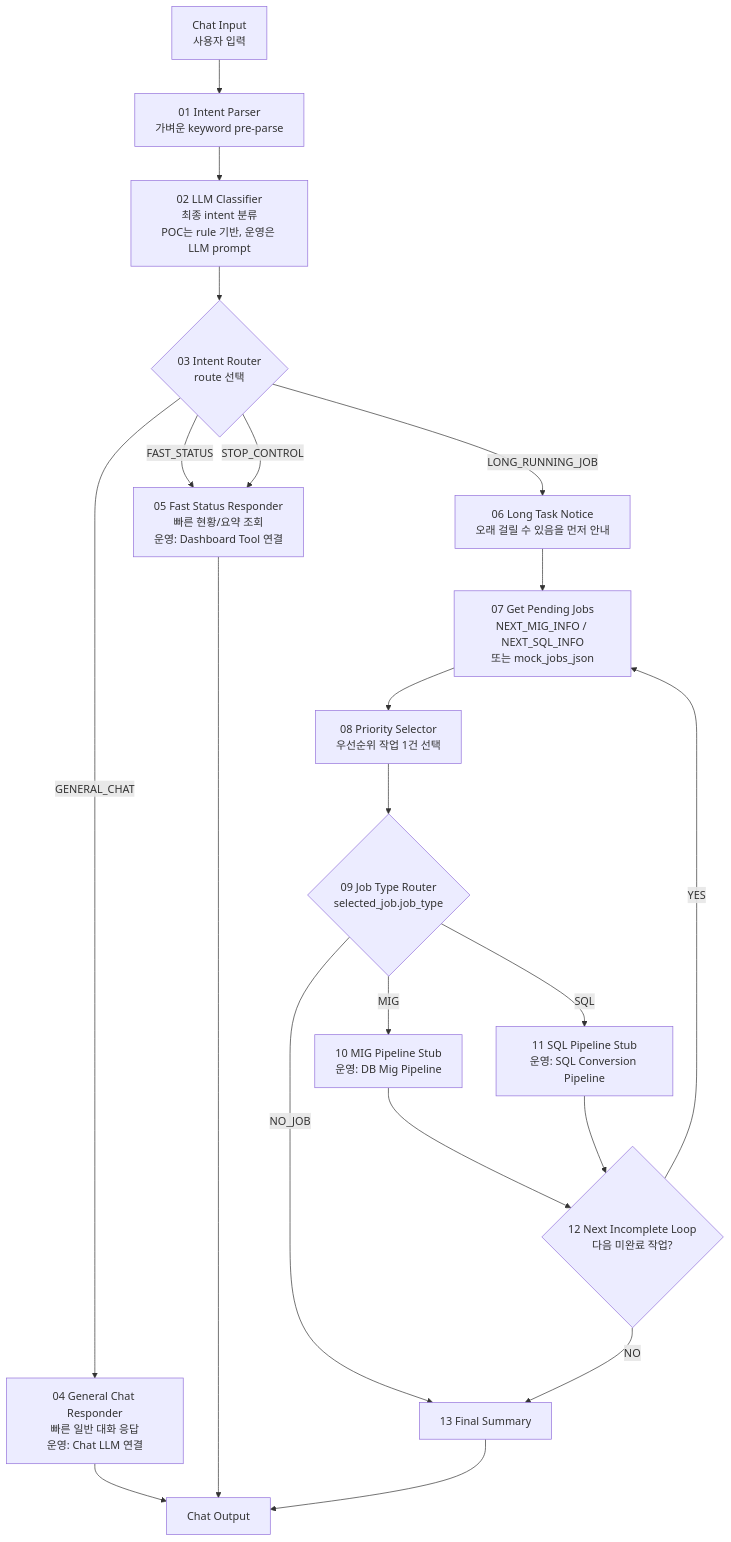
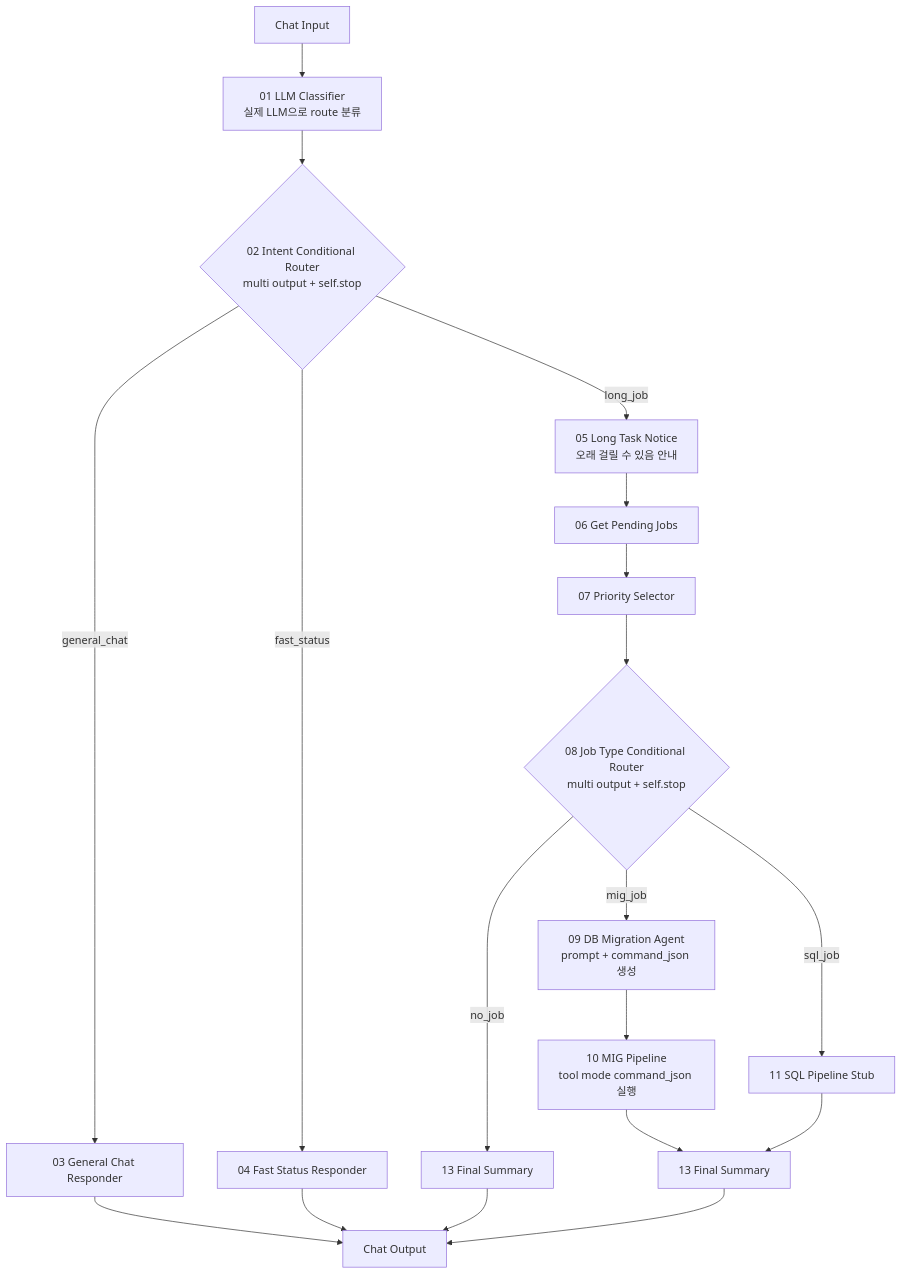
Before and after one commit to seongikjin227-jpg/refactoring_smartMigrate: the first of 2 diagrams in langflow_260819_newType/01_architecture.md, drawn with Mermaid. The commit also changed other lines of this file and 18 other files, not shown here.

Commit message:
fix : intent parser 제거

````diff
--- a/langflow_260819_newType/01_architecture.md
+++ b/langflow_260819_newType/01_architecture.md
@@ -27,28 +26,26 @@
 ```mermaid
 flowchart TD
-    A["Chat Input<br/>사용자 입력"] --> B["01 Intent Parser<br/>가벼운 keyword pre-parse"]
-    B --> C["02 LLM Classifier<br/>최종 intent 분류<br/>POC는 rule 기반, 운영은 LLM prompt"]
-    C --> D{"03 Intent Router<br/>route 선택"}
+    A["Chat Input"] --> B["01 LLM Classifier<br/>실제 LLM으로 route 분류"]
+    B --> C{"02 Intent Conditional Router<br/>multi output + self.stop"}
 
-    D -->|GENERAL_CHAT| E["04 General Chat Responder<br/>빠른 일반 대화 응답<br/>운영: Chat LLM 연결"]
-    D -->|FAST_STATUS| F["05 Fast Status Responder<br/>빠른 현황/요약 조회<br/>운영: Dashboard Tool 연결"]
-    D -->|STOP_CONTROL| F
+    C -->|general_chat| D["03 General Chat Responder"]
+    C -->|fast_status| E["04 Fast Status Responder"]
+    C -->|long_job| F["05 Long Task Notice<br/>오래 걸릴 수 있음 안내"]
 
-    D -->|LONG_RUNNING_JOB| G["06 Long Task Notice<br/>오래 걸릴 수 있음을 먼저 안내"]
-    G --> H["07 Get Pending Jobs<br/>NEXT_MIG_INFO / NEXT_SQL_INFO<br/>또는 mock_jobs_json"]
-    H --> I["08 Priority Selector<br/>우선순위 작업 1건 선택"]
-    I --> J{"09 Job Type Router<br/>selected_job.job_type"}
+    F --> G["06 Get Pending Jobs"]
+    G --> H["07 Priority Selector"]
+    H --> I{"08 Job Type Conditional Router<br/>multi output + self.stop"}
 
-    J -->|MIG| K["10 MIG Pipeline Stub<br/>운영: DB Mig Pipeline"]
-    J -->|SQL| L["11 SQL Pipeline Stub<br/>운영: SQL Conversion Pipeline"]
-    J -->|NO_JOB| O["13 Final Summary"]
+    I -->|mig_job| J["09 DB Migration Agent<br/>prompt + command_json 생성"]
+    I -->|sql_job| K["11 SQL Pipeline Stub"]
+    I -->|no_job| L["13 Final Summary"]
 
-    K --> M{"12 Next Incomplete Loop<br/>다음 미완료 작업?"}
-    L --> M
-    M -->|YES| H
-    M -->|NO| O
+    J --> M["10 MIG Pipeline<br/>tool mode command_json 실행"]
+    M --> N["13 Final Summary"]
+    K --> N
 
-    E --> Z["Chat Output"]
-    F --> Z
-    O --> Z
+    D --> Z["Chat Output"]
+    E --> Z
+    L --> Z
+    N --> Z
 ```
````
